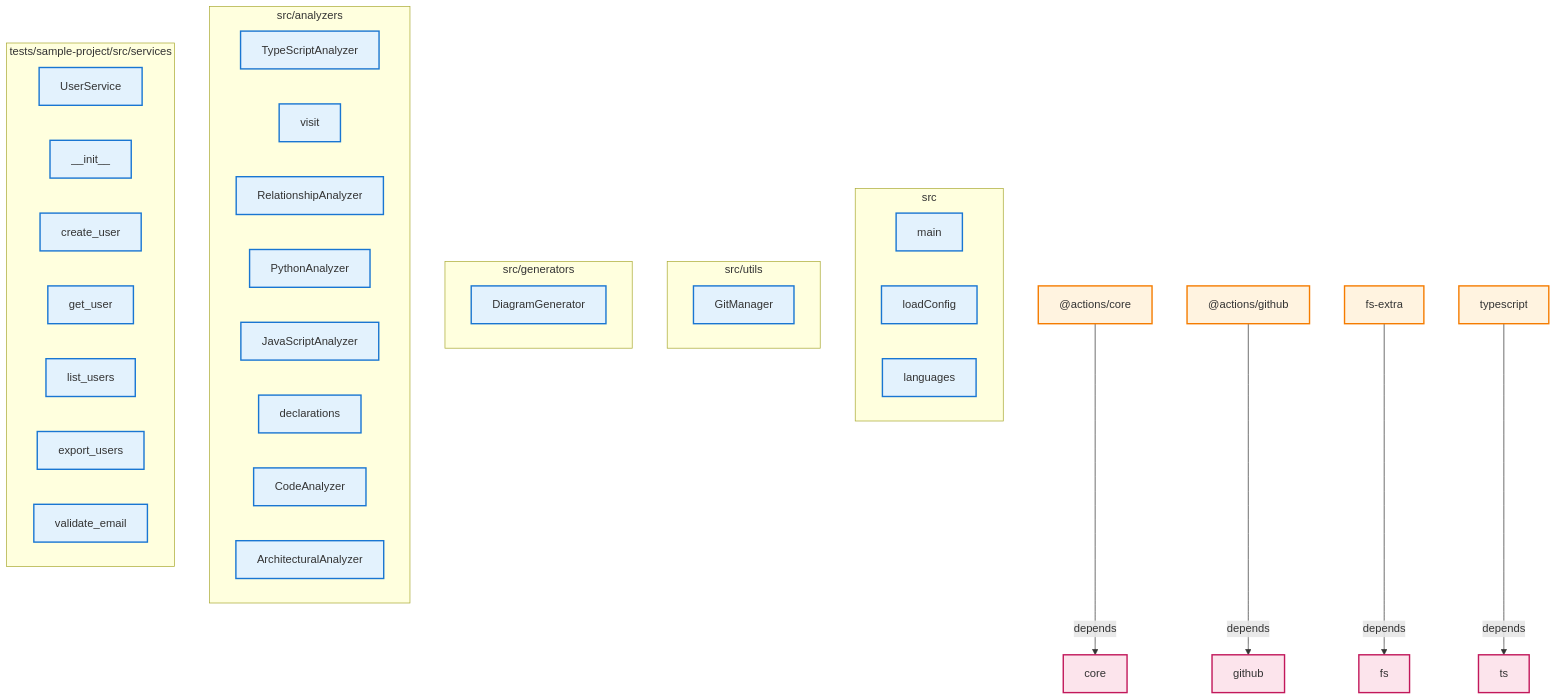
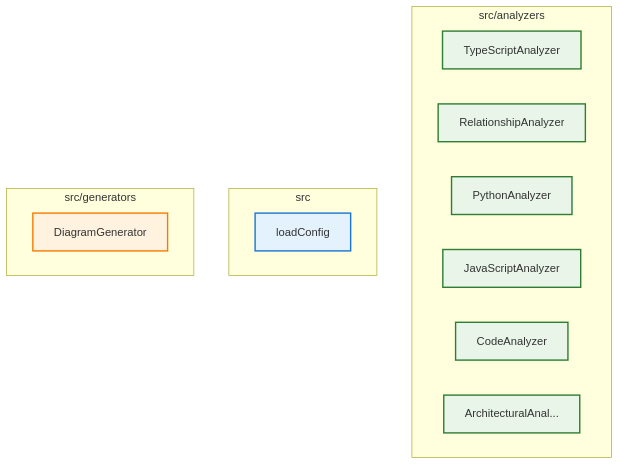
One commit to samjhill/diagrammer changed the diagram in docs/architecture/architecture.md. Above: the diagram before and after it, drawn with Mermaid. The commit also changed other lines of this file and 7 other files, not shown here.

Commit message:
docs: Update architecture diagrams [skip ci]

````diff
--- a/docs/architecture/architecture.md
+++ b/docs/architecture/architecture.md
@@ -5,85 +15,39 @@
 ```mermaid
 graph TD
   classDef component fill:#e3f2fd,stroke:#1976d2,stroke-width:2px
-  classDef external fill:#fff3e0,stroke:#f57c00,stroke-width:2px
-  classDef internal fill:#e8f5e8,stroke:#388e3c,stroke-width:2px
-  classDef dependency fill:#fce4ec,stroke:#c2185b,stroke-width:2px
-  classDef group fill:#f3e5f5,stroke:#7b1fa2,stroke-width:3px
+  classDef analyzer fill:#e8f5e8,stroke:#2e7d32,stroke-width:2px
+  classDef generator fill:#fff3e0,stroke:#f57c00,stroke-width:2px
+  classDef manager fill:#f3e5f5,stroke:#7b1fa2,stroke-width:2px
+  classDef service fill:#e0f2f1,stroke:#00695c,stroke-width:2px
+  classDef external fill:#ffebee,stroke:#c62828,stroke-width:2px
+  classDef framework fill:#f1f8e9,stroke:#558b2f,stroke-width:2px
+  classDef npm fill:#e8eaf6,stroke:#3f51b5,stroke-width:2px
+  classDef group fill:#fafafa,stroke:#424242,stroke-width:3px
+
+  subgraph src_analyzers["src/analyzers"]
+    TypeScriptAnalyzer["TypeScriptAnalyzer"]
+    RelationshipAnalyzer["RelationshipAnalyzer"]
+    PythonAnalyzer["PythonAnalyzer"]
+    JavaScriptAnalyzer["JavaScriptAnalyzer"]
+    CodeAnalyzer["CodeAnalyzer"]
+    ArchitecturalAnalyzer["ArchitecturalAnal..."]
+  end
 
   subgraph src["src"]
-    main["main"]
     loadConfig["loadConfig"]
-    languages["languages"]
-  end
-
-  subgraph src_utils["src/utils"]
-    GitManager["GitManager"]
   end
 
   subgraph src_generators["src/generators"]
     DiagramGenerator["DiagramGenerator"]
   end
 
-  subgraph src_analyzers["src/analyzers"]
-    TypeScriptAnalyzer["TypeScriptAnalyzer"]
-    visit["visit"]
-    RelationshipAnalyzer["RelationshipAnalyzer"]
-    PythonAnalyzer["PythonAnalyzer"]
-    JavaScriptAnalyzer["JavaScriptAnalyzer"]
-    declarations["declarations"]
-    CodeAnalyzer["CodeAnalyzer"]
-    ArchitecturalAnalyzer["ArchitecturalAnalyzer"]
-  end
-
-  subgraph tests_sample_project_src_services["tests/sample-project/src/services"]
-    UserService["UserService"]
-    __init__["__init__"]
-    create_user["create_user"]
-    get_user["get_user"]
-    list_users["list_users"]
-    export_users["export_users"]
-    validate_email["validate_email"]
-  end
-
-  _actions_core["@actions/core"]
-  _actions_core:::external
-  core["core"]
-  core:::dependency
-  _actions_core -->|depends| core
-  _actions_github["@actions/github"]
-  _actions_github:::external
-  github["github"]
-  github:::dependency
-  _actions_github -->|depends| github
-  fs_extra["fs-extra"]
-  fs_extra:::external
-  fs["fs"]
-  fs:::dependency
-  fs_extra -->|depends| fs
-  typescript["typescript"]
-  typescript:::external
-  ts["ts"]
-  ts:::dependency
-  typescript -->|depends| ts
-  main:::component
   loadConfig:::component
-  languages:::component
-  GitManager:::component
-  DiagramGenerator:::component
-  TypeScriptAnalyzer:::component
-  visit:::component
-  RelationshipAnalyzer:::component
-  PythonAnalyzer:::component
-  JavaScriptAnalyzer:::component
-  declarations:::component
-  CodeAnalyzer:::component
-  ArchitecturalAnalyzer:::component
-  UserService:::component
-  __init__:::component
-  create_user:::component
-  get_user:::component
-  list_users:::component
-  export_users:::component
-  validate_email:::component
+  DiagramGenerator:::generator
+  TypeScriptAnalyzer:::analyzer
+  RelationshipAnalyzer:::analyzer
+  PythonAnalyzer:::analyzer
+  JavaScriptAnalyzer:::analyzer
+  CodeAnalyzer:::analyzer
+  ArchitecturalAnalyzer:::analyzer
 
 ```
````
